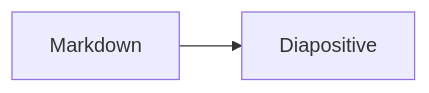
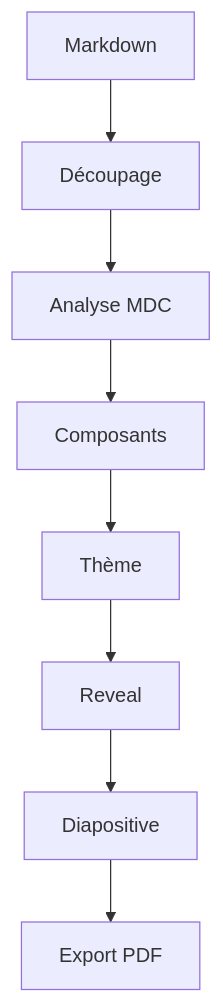
The diagram in test/e2e/fixtures/decks/composants.md (ShallowRed/vignettes), drawn with Mermaid before and after one commit. The commit also changed 7 other files, not shown here.

Commit message:
fix(render): fit mermaid diagrams to the slide and wait for them before printing

````diff
--- a/test/e2e/fixtures/decks/composants.md
+++ b/test/e2e/fixtures/decks/composants.md
@@ -71,4 +71,5 @@
 ```mermaid
-flowchart LR
-  source[Markdown] --> diapo[Diapositive]
+flowchart TD
+  source[Markdown] --> decoupe[Découpage] --> analyse[Analyse MDC] --> composants[Composants]
+  composants --> theme[Thème] --> reveal[Reveal] --> diapo[Diapositive] --> pdf[Export PDF]
 ```
````
